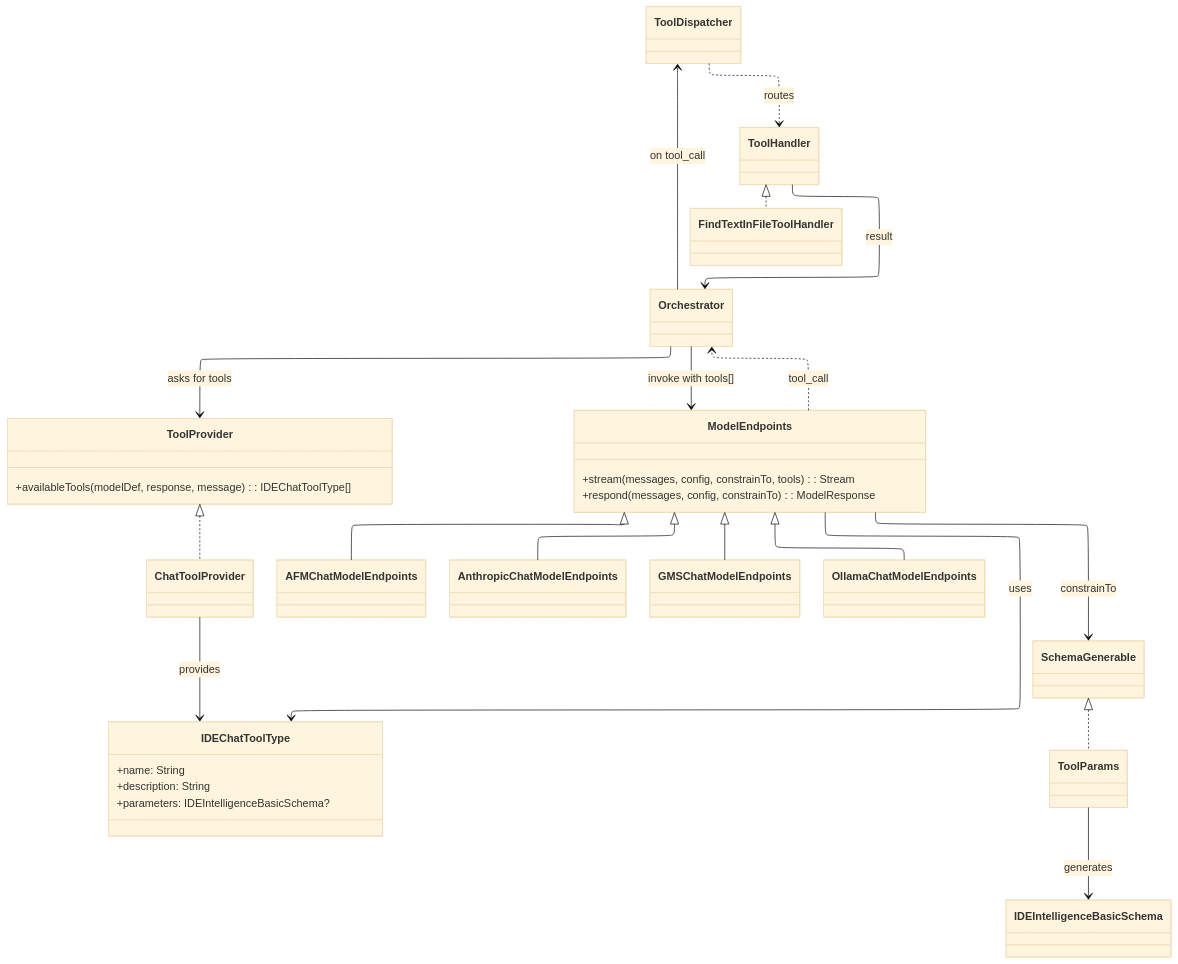
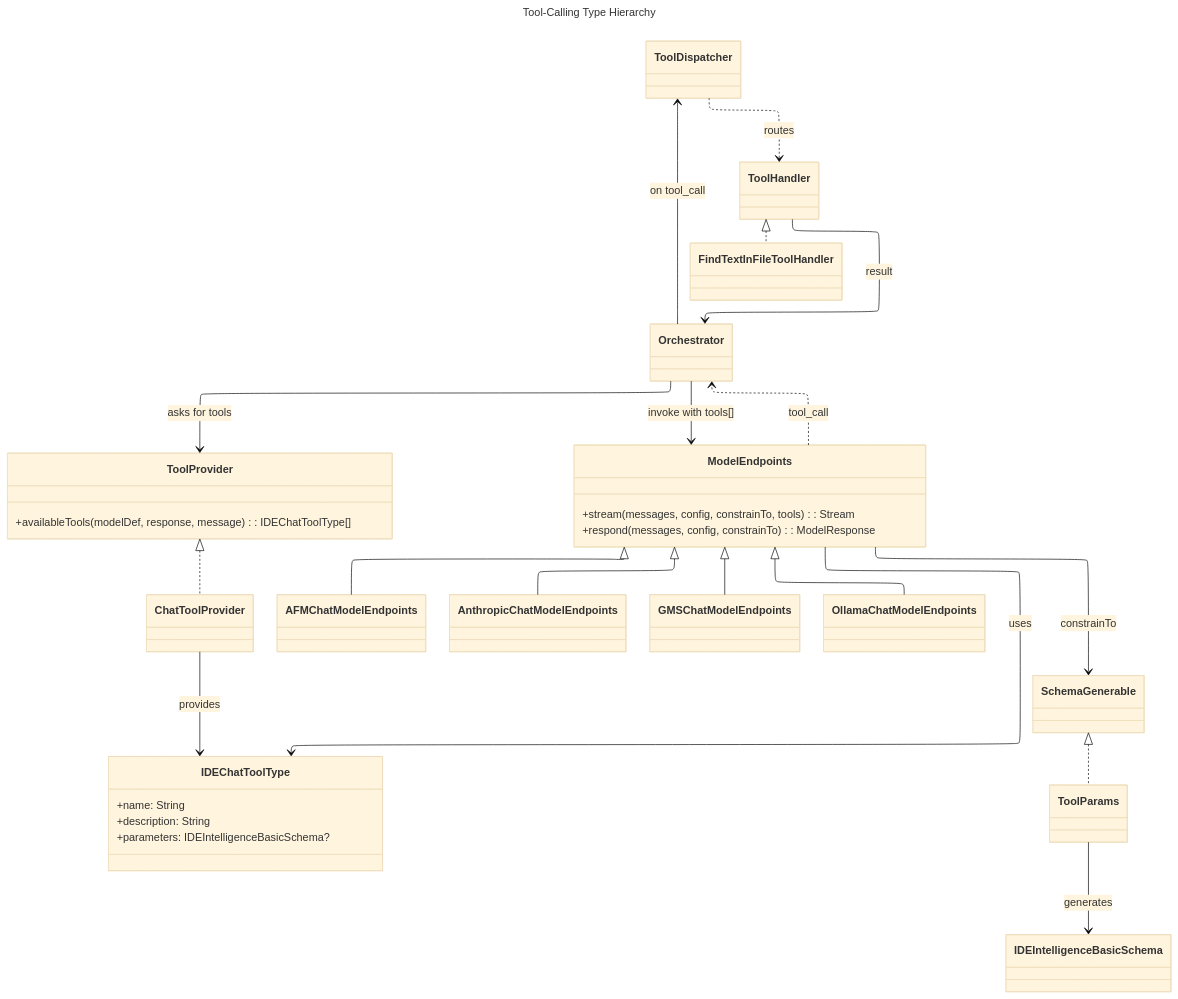
One commit to WeZZard/MyWorks changed the second of 3 diagrams in 2025-08-31-the-cupertino-ghost-in-the-machine/index_raw.md. Above: the diagram before and after it, drawn with Mermaid (base theme). The commit also changed other lines of this file and 3 other files, not shown here.

Commit message:
Refines the texts and adds the accessibility descriptions to the diagrams.

````diff
--- a/2025-08-31-the-cupertino-ghost-in-the-machine/index_raw.md
+++ b/2025-08-31-the-cupertino-ghost-in-the-machine/index_raw.md
@@ -251,52 +254,55 @@
 ```mermaid
 ---
+title: "Tool-Calling Type Hierarchy"
+accTitle: "Tool-Calling Type Hierarchy"
+accDescr: "A class diagram detailing the architecture of tool-calling. A central 'Orchestrator' interacts with a 'ToolProvider' to discover available tools, which are represented as 'IDEChatToolType' objects. The 'Orchestrator' then invokes a 'ModelEndpoints' class, providing it with the list of tools. The system supports multiple model backends, with classes like 'AFMChatModelEndpoints,' 'AnthropicChatModelEndpoints,' and 'OllamaChatModelEndpoints' inheriting from a base 'ModelEndpoints.' When the model decides to use a tool, it sends a 'tool_call' request back to the 'Orchestrator.' The 'Orchestrator' forwards this to a 'ToolDispatcher,' which routes it to the correct 'ToolHandler' implementation, such as 'FindTextInFileToolHandler.' The handler processes the call and returns a result to the 'Orchestrator'."
 config:
   layout: elk
 ---
 classDiagram
 class Orchestrator
 class ToolProvider {
   +availableTools(modelDef, response, message) : IDEChatToolType[]
 }
 class ChatToolProvider
 ToolProvider <|.. ChatToolProvider
 ChatToolProvider --> IDEChatToolType : provides
 
 class IDEChatToolType {
   +name: String
   +description: String
   +parameters: IDEIntelligenceBasicSchema?
 }
 
 class SchemaGenerable
 class IDEIntelligenceBasicSchema
 SchemaGenerable <|.. ToolParams
 ToolParams --> IDEIntelligenceBasicSchema : generates
 
 class ModelEndpoints {
   +stream(messages, config, constrainTo, tools) : Stream
   +respond(messages, config, constrainTo) : ModelResponse
 }
 class AFMChatModelEndpoints
 class AnthropicChatModelEndpoints
 class GMSChatModelEndpoints
 class OllamaChatModelEndpoints
 ModelEndpoints <|-- AFMChatModelEndpoints
 ModelEndpoints <|-- AnthropicChatModelEndpoints
 ModelEndpoints <|-- GMSChatModelEndpoints
 ModelEndpoints <|-- OllamaChatModelEndpoints
 
 Orchestrator --> ToolProvider : asks for tools
 Orchestrator --> ModelEndpoints : invoke with tools[]
 ModelEndpoints --> IDEChatToolType : uses
 ModelEndpoints --> SchemaGenerable : constrainTo
 
 class ToolDispatcher
 class ToolHandler
 class FindTextInFileToolHandler
 ToolHandler <|.. FindTextInFileToolHandler
 ModelEndpoints ..> Orchestrator : tool_call
 Orchestrator --> ToolDispatcher : on tool_call
 ToolDispatcher ..> ToolHandler : routes
 ToolHandler --> Orchestrator : result
 ```
````
